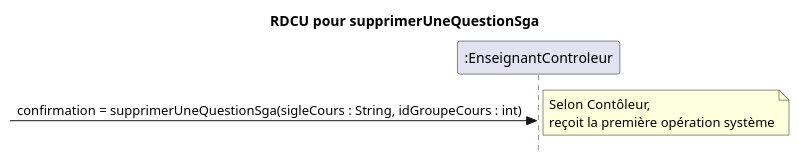
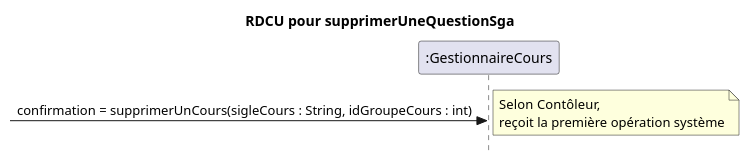
One commit to nerdz88/SGA-TS changed the first of 2 diagrams in docs/Retirer cours/RDCU_Supprimer_Cours.puml. Above: the diagram before and after it, drawn with PlantUML. The commit also changed other lines of this file and 13 other files, not shown here.

Commit message:
Diagrammes + codes + tests complété pour cours

```diff
--- a/docs/Retirer cours/RDCU_Supprimer_Cours.puml
+++ b/docs/Retirer cours/RDCU_Supprimer_Cours.puml
@@ -1,8 +1,8 @@
 @startuml supprimerUneQuestionSga
 skinparam style strictuml
 skinparam defaultfontname Verdana
 title RDCU pour supprimerUneQuestionSga
-participant ":EnseignantControleur" as controleur
-->controleur : confirmation = supprimerUneQuestionSga(sigleCours : String, idGroupeCours : int)
+participant ":GestionnaireCours" as controleur
+->controleur : confirmation = supprimerUnCours(sigleCours : String, idGroupeCours : int)
 note left : Selon Contôleur,\nreçoit la première opération système
 @enduml
```
